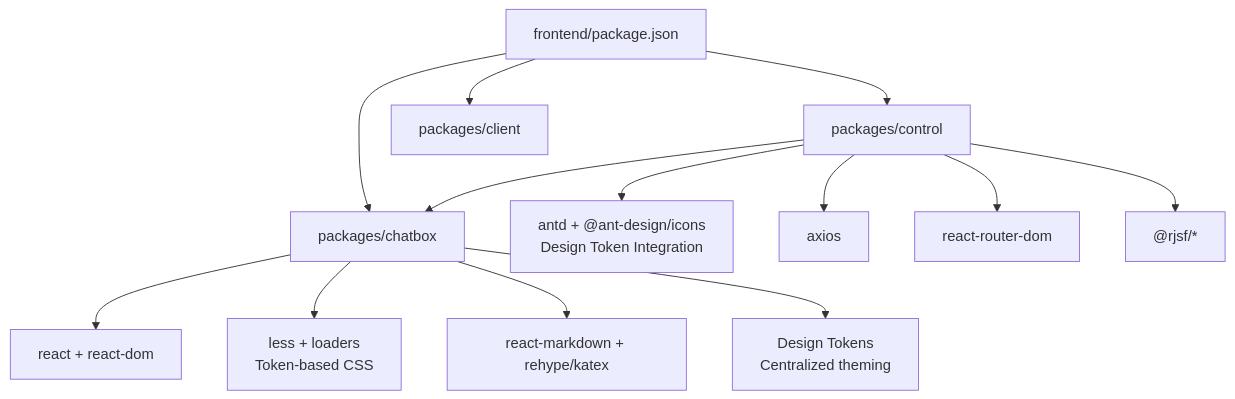
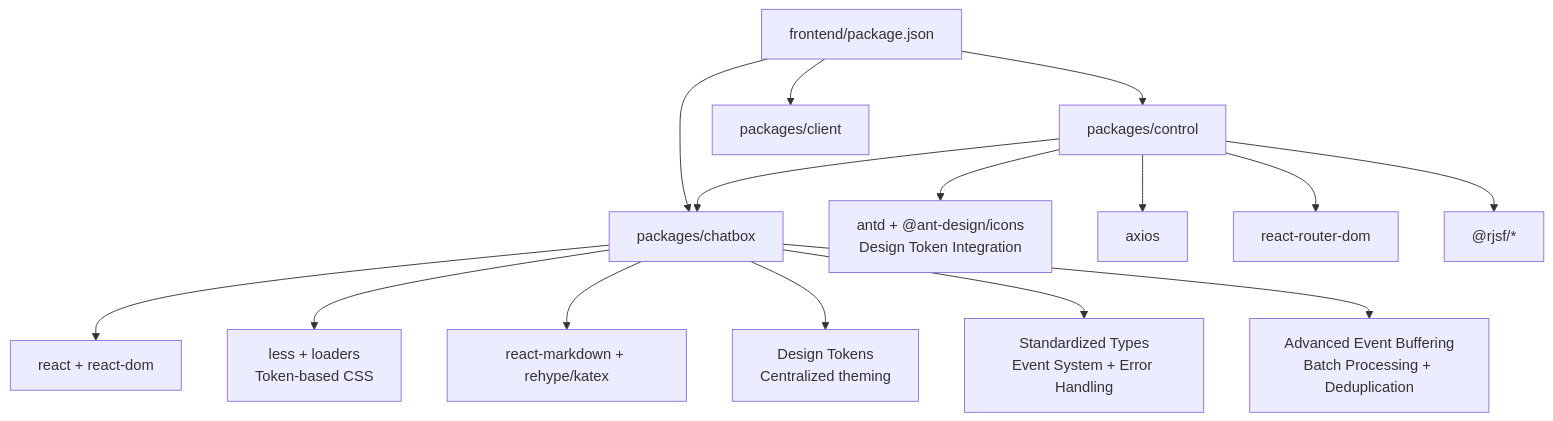
One commit to alibaba/tron-one-agent changed the sixth of 7 diagrams in .qoder/repowiki/en/content/Frontend Architecture/Frontend Architecture.md. Above: the diagram before and after it, drawn with Mermaid. The commit also changed other lines of this file and 6 other files, not shown here.

````diff
--- a/.qoder/repowiki/en/content/Frontend Architecture/Frontend Architecture.md
+++ b/.qoder/repowiki/en/content/Frontend Architecture/Frontend Architecture.md
@@ -397,15 +482,17 @@
 ```mermaid
 graph TB
 Root["frontend/package.json"] --> Chatbox["packages/chatbox"]
 Root --> Control["packages/control"]
 Root --> Client["packages/client"]
 Control --> AntD["antd + @ant-design/icons<br/>Design Token Integration"]
 Control --> Axios["axios"]
 Control --> Router["react-router-dom"]
 Control --> RJSF["@rjsf/*"]
 Control --> Chatbox
 Chatbox --> React["react + react-dom"]
 Chatbox --> Less["less + loaders<br/>Token-based CSS"]
 Chatbox --> Markdown["react-markdown + rehype/katex"]
 Chatbox --> Tokens["Design Tokens<br/>Centralized theming"]
+Chatbox --> Types["Standardized Types<br/>Event System + Error Handling"]
+Chatbox --> Buffer["Advanced Event Buffering<br/>Batch Processing + Deduplication"]
 ```
````
